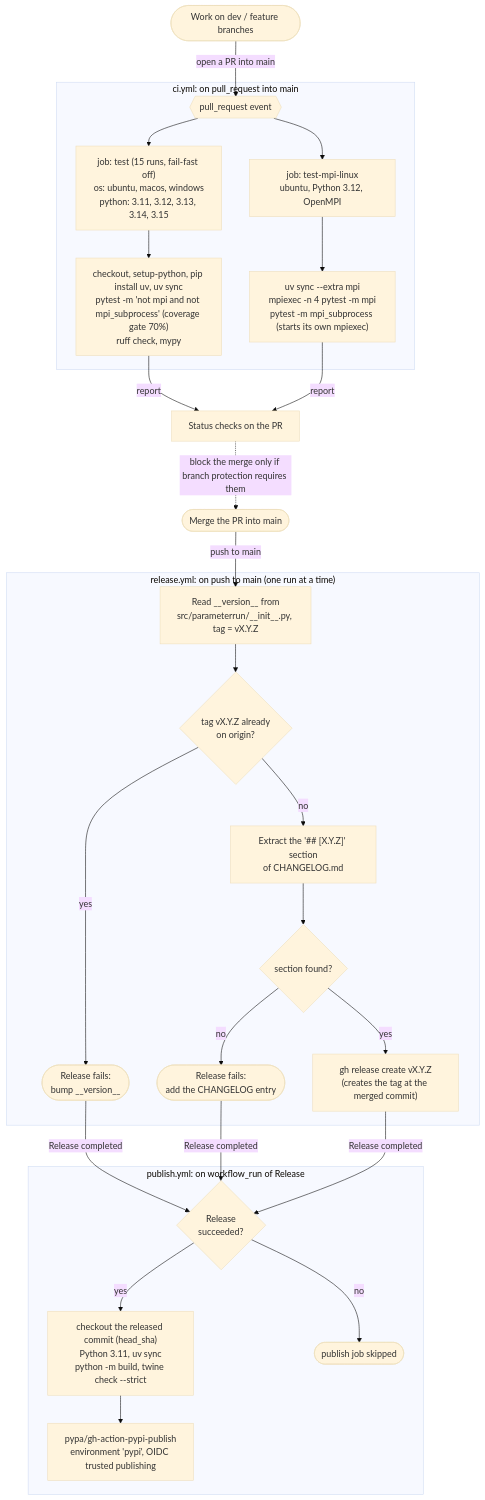
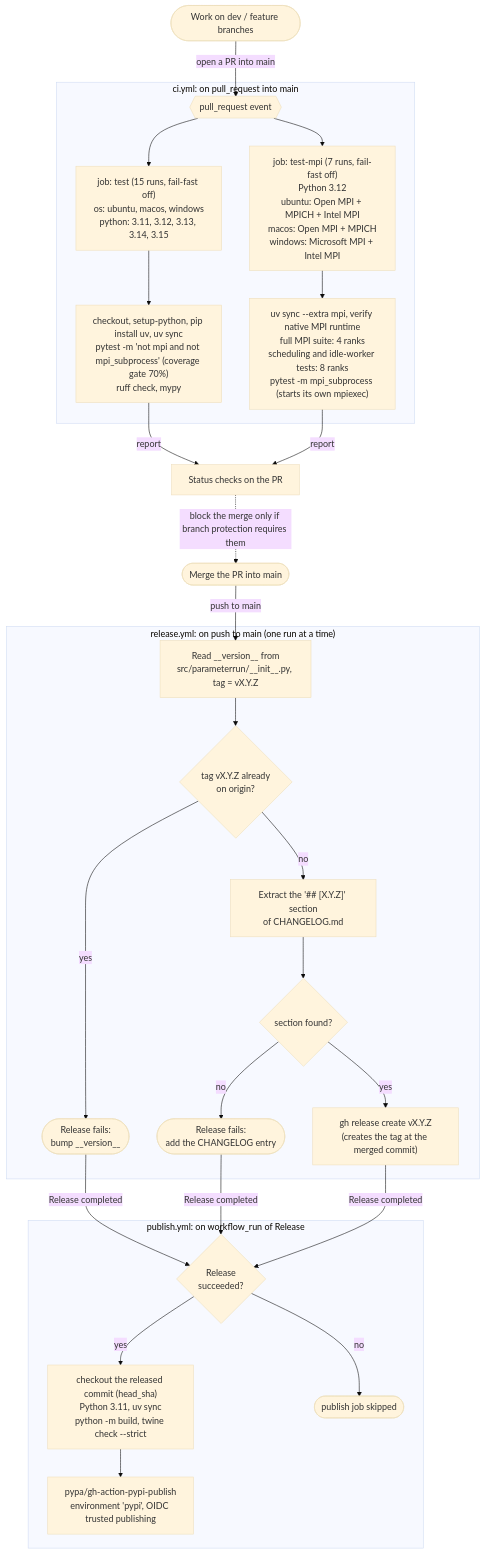
Before and after one commit to Davtax/ParameterRun: the diagram in docs/github-actions.md, drawn with Mermaid (base theme). The commit also changed other lines of this file and 4 other files, not shown here.

````diff
--- a/docs/github-actions.md
+++ b/docs/github-actions.md
@@ -20,48 +20,48 @@
 ```mermaid
 flowchart TD
     work(["Work on dev / feature branches"]) -->|"open a PR into main"| pr
 
     subgraph CI["ci.yml: on pull_request into main"]
         pr{{"pull_request event"}}
         matrix["job: test (15 runs, fail-fast off)<br/>os: ubuntu, macos, windows<br/>python: 3.11, 3.12, 3.13, 3.14, 3.15"]
         msteps["checkout, setup-python, pip install uv, uv sync<br/>pytest -m 'not mpi and not mpi_subprocess' (coverage gate 70%)<br/>ruff check, mypy"]
-        mpi["job: test-mpi-linux<br/>ubuntu, Python 3.12, OpenMPI"]
-        mpisteps["uv sync --extra mpi<br/>mpiexec -n 4 pytest -m mpi<br/>pytest -m mpi_subprocess (starts its own mpiexec)"]
+        mpi["job: test-mpi (7 runs, fail-fast off)<br/>Python 3.12<br/>ubuntu: Open MPI + MPICH + Intel MPI<br/>macos: Open MPI + MPICH<br/>windows: Microsoft MPI + Intel MPI"]
+        mpisteps["uv sync --extra mpi, verify native MPI runtime<br/>full MPI suite: 4 ranks<br/>scheduling and idle-worker tests: 8 ranks<br/>pytest -m mpi_subprocess (starts its own mpiexec)"]
         pr --> matrix --> msteps
         pr --> mpi --> mpisteps
     end
 
     msteps & mpisteps -->|"report"| checks
     checks["Status checks on the PR"]
     merge(["Merge the PR into main"])
     checks -.->|"block the merge only if branch protection requires them"| merge
 
     merge -->|"push to main"| ver
 
     subgraph REL["release.yml: on push to main (one run at a time)"]
         ver["Read __version__ from<br/>src/parameterrun/__init__.py, tag = vX.Y.Z"]
         tagq{"tag vX.Y.Z already<br/>on origin?"}
         notes["Extract the '## [X.Y.Z]' section<br/>of CHANGELOG.md"]
         nq{"section found?"}
         gh["gh release create vX.Y.Z<br/>(creates the tag at the merged commit)"]
         fail1(["Release fails:<br/>bump __version__"])
         fail2(["Release fails:<br/>add the CHANGELOG entry"])
         ver --> tagq
         tagq -->|"yes"| fail1
         tagq -->|"no"| notes --> nq
         nq -->|"no"| fail2
         nq -->|"yes"| gh
     end
 
     gh -->|"Release completed"| okq
     fail1 & fail2 -->|"Release completed"| okq
 
     subgraph PUB["publish.yml: on workflow_run of Release"]
         okq{"Release<br/>succeeded?"}
         build["checkout the released commit (head_sha)<br/>Python 3.11, uv sync<br/>python -m build, twine check --strict"]
         pypi["pypa/gh-action-pypi-publish<br/>environment 'pypi', OIDC trusted publishing"]
         skip(["publish job skipped"])
         okq -->|"yes"| build --> pypi
         okq -->|"no"| skip
     end
 ```
````
